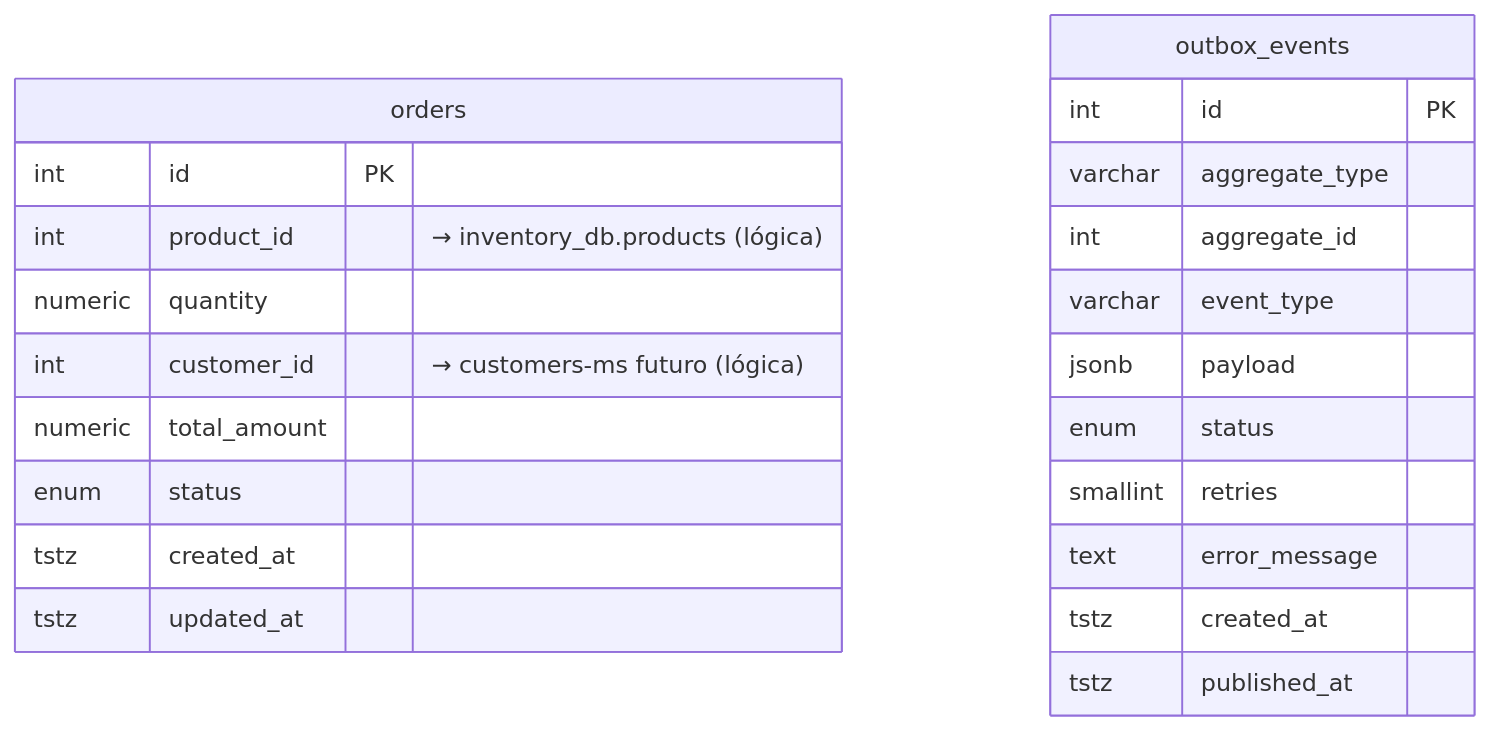
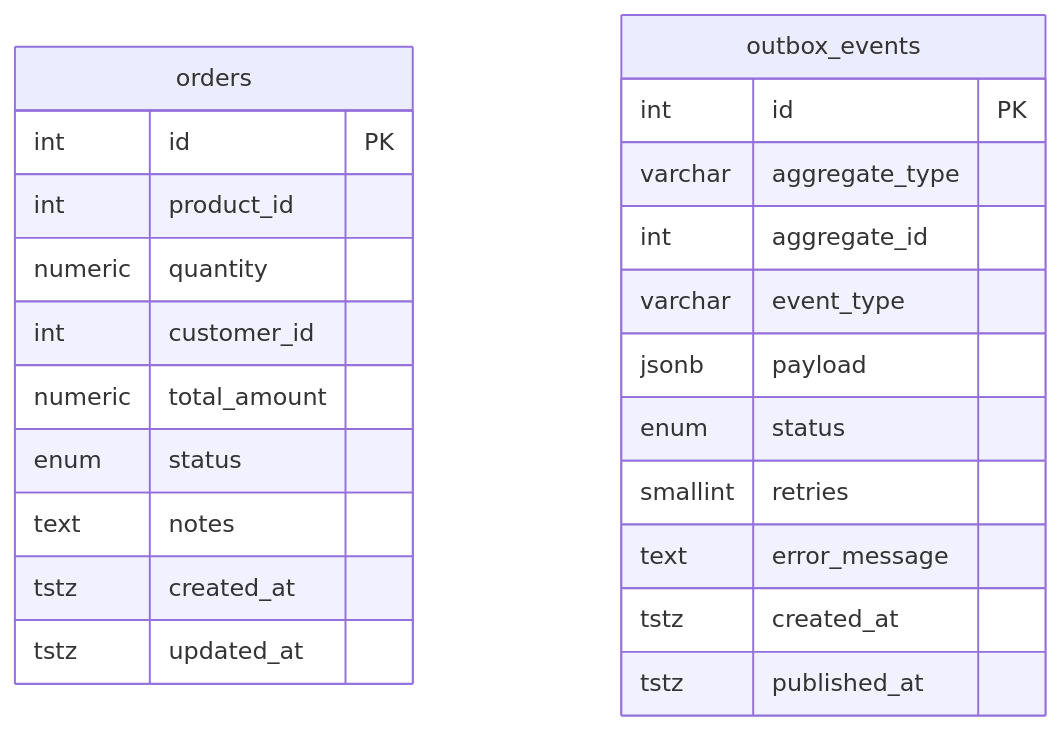
Before and after one commit to Null01/technical-interview-kibernum: the second of 3 diagrams in docs/relation-diagram.md, drawn with Mermaid. The commit also changed other lines of this file and 6 other files, not shown here.

Commit message:
docs: 📖️ update DDLs and DMLs, update ER diagram with new field.

````diff
--- a/docs/relation-diagram.md
+++ b/docs/relation-diagram.md
@@ -134,27 +134,28 @@
 ```mermaid
 erDiagram
 
     orders {
         int     id           PK
-        int     product_id   "→ inventory_db.products (lógica)"
+        int     product_id   
         numeric quantity
-        int     customer_id  "→ customers-ms futuro (lógica)"
+        int     customer_id  
         numeric total_amount
         enum    status
+        text    notes
         tstz    created_at
         tstz    updated_at
     }
 
     outbox_events {
         int      id             PK
         varchar  aggregate_type
         int      aggregate_id
         varchar  event_type
         jsonb    payload
         enum     status
         smallint retries
         text     error_message
         tstz     created_at
         tstz     published_at
     }
 ```
````
